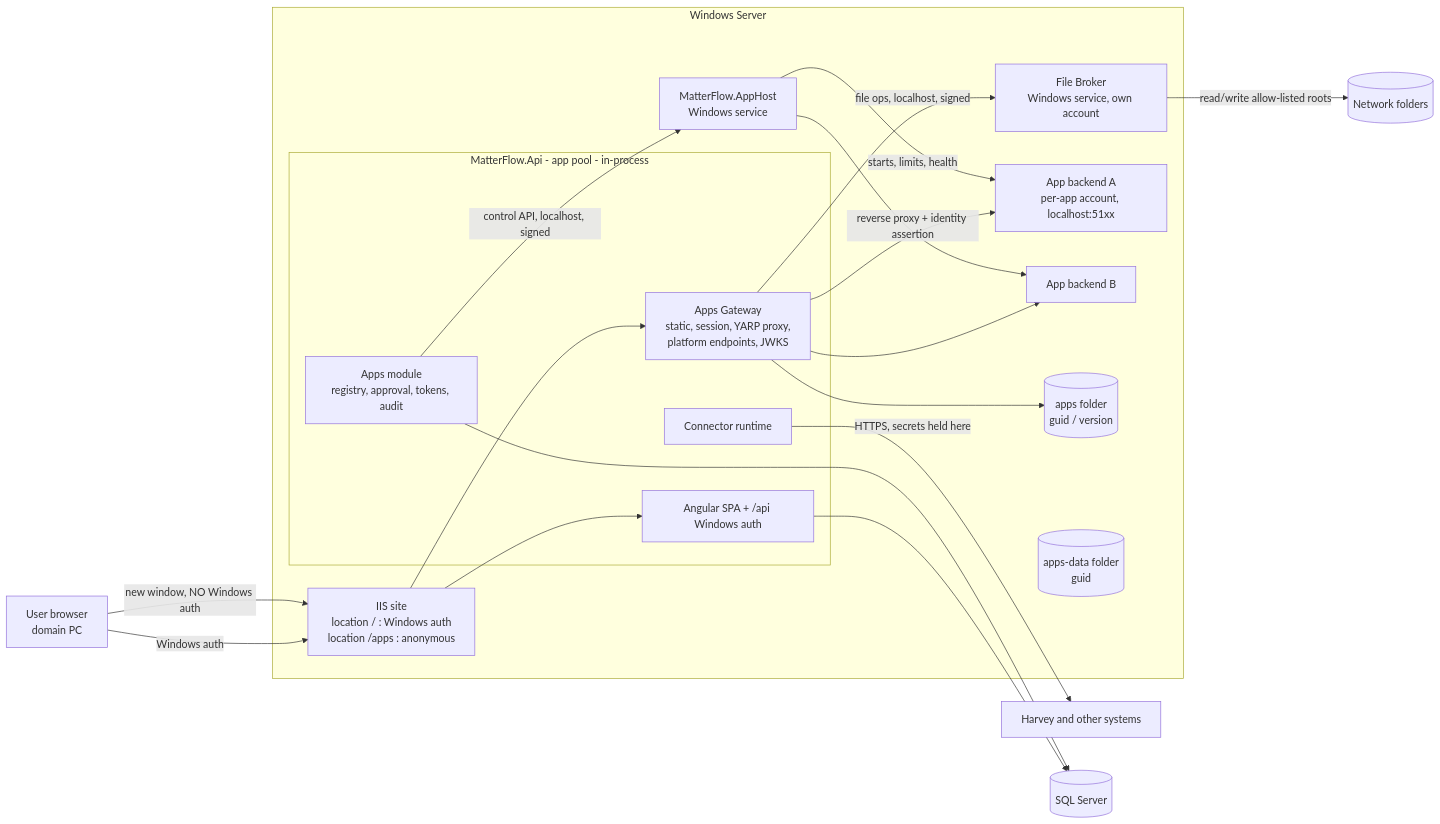
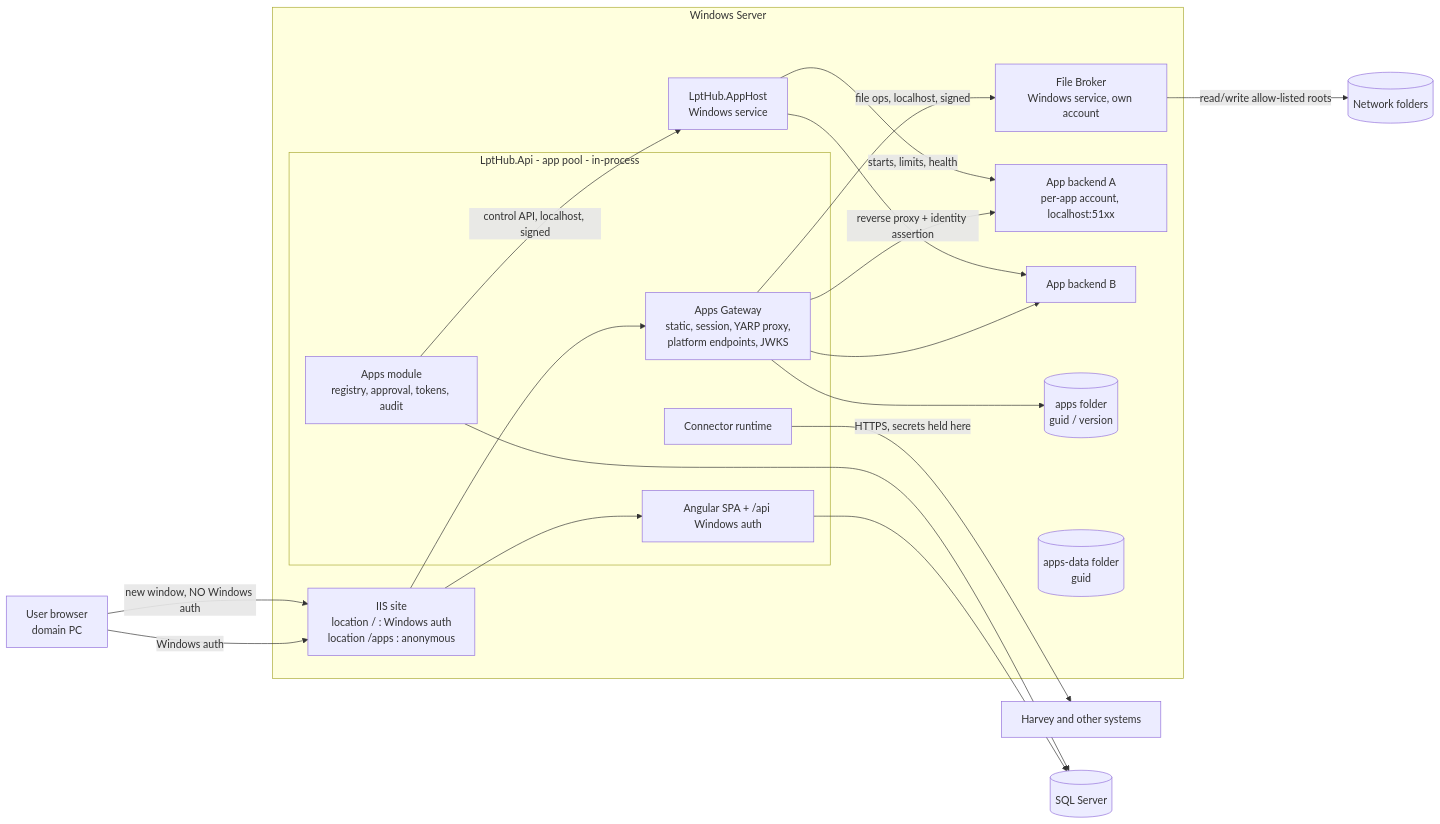
The first of 3 diagrams in app-framework/01-architecture.md (dent-ist/MatterFlow), drawn with Mermaid before and after one commit. The commit also changed other lines of this file and 1178 other files, not shown here.

````diff
--- a/app-framework/01-architecture.md
+++ b/app-framework/01-architecture.md
@@ -7,33 +7,33 @@
 ```mermaid
 flowchart LR
   U[User browser<br/>domain PC] -->|Windows auth| IIS
   U -->|new window, NO Windows auth| IIS
   subgraph Server[Windows Server]
     IIS[IIS site<br/>location / : Windows auth<br/>location /apps : anonymous]
-    subgraph Web[MatterFlow.Api - app pool - in-process]
+    subgraph Web[LptHub.Api - app pool - in-process]
       SPA[Angular SPA + /api Windows auth]
       GW[Apps Gateway<br/>static, session, YARP proxy,<br/>platform endpoints, JWKS]
       REG[Apps module<br/>registry, approval, tokens, audit]
       CON[Connector runtime]
     end
-    AH[MatterFlow.AppHost<br/>Windows service]
+    AH[LptHub.AppHost<br/>Windows service]
     FB[File Broker<br/>Windows service, own account]
     B1[App backend A<br/>per-app account, localhost:51xx]
     B2[App backend B]
     FS[(apps folder<br/>guid / version)]
     DATA[(apps-data folder<br/>guid)]
   end
   IIS --> SPA
   IIS --> GW
   GW --> FS
   GW -->|reverse proxy + identity assertion| B1
   GW --> B2
   AH -->|starts, limits, health| B1
   AH --> B2
   REG -->|control API, localhost, signed| AH
   GW -->|file ops, localhost, signed| FB
   FB -->|read/write allow-listed roots| NET[(Network folders)]
   CON -->|HTTPS, secrets held here| HARVEY[Harvey and other systems]
   SPA --> SQL[(SQL Server)]
   REG --> SQL
 ```
````
